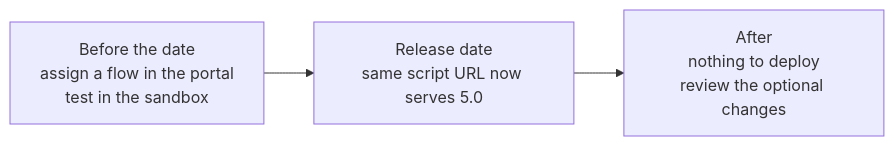
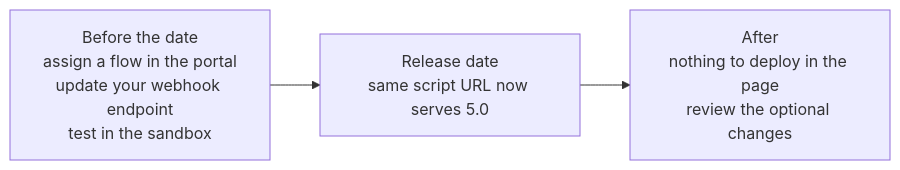
One commit to tekbees/unicus-docs changed the diagram in unicus/sdk-web-v5/migration-from-v4.md. Above: the diagram before and after it, drawn with Mermaid. The commit also changed other lines of this file and 33 other files, not shown here.

````diff
--- a/unicus/sdk-web-v5/migration-from-v4.md
+++ b/unicus/sdk-web-v5/migration-from-v4.md
@@ -28,4 +33,4 @@
 ```mermaid
 flowchart LR
-  A["Before the date<br/>assign a flow in the portal<br/>test in the sandbox"] --> B["Release date<br/>same script URL now serves 5.0"] --> C["After<br/>nothing to deploy<br/>review the optional changes"]
+  A["Before the date<br/>assign a flow in the portal<br/>update your webhook endpoint<br/>test in the sandbox"] --> B["Release date<br/>same script URL now serves 5.0"] --> C["After<br/>nothing to deploy in the page<br/>review the optional changes"]
 ```
````
